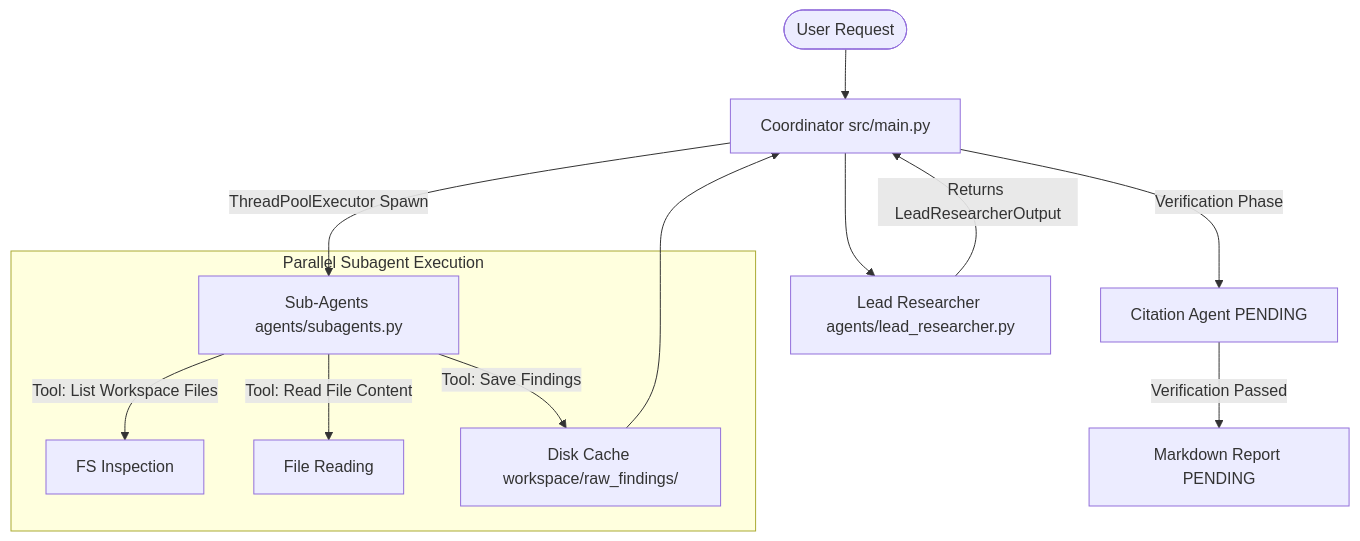
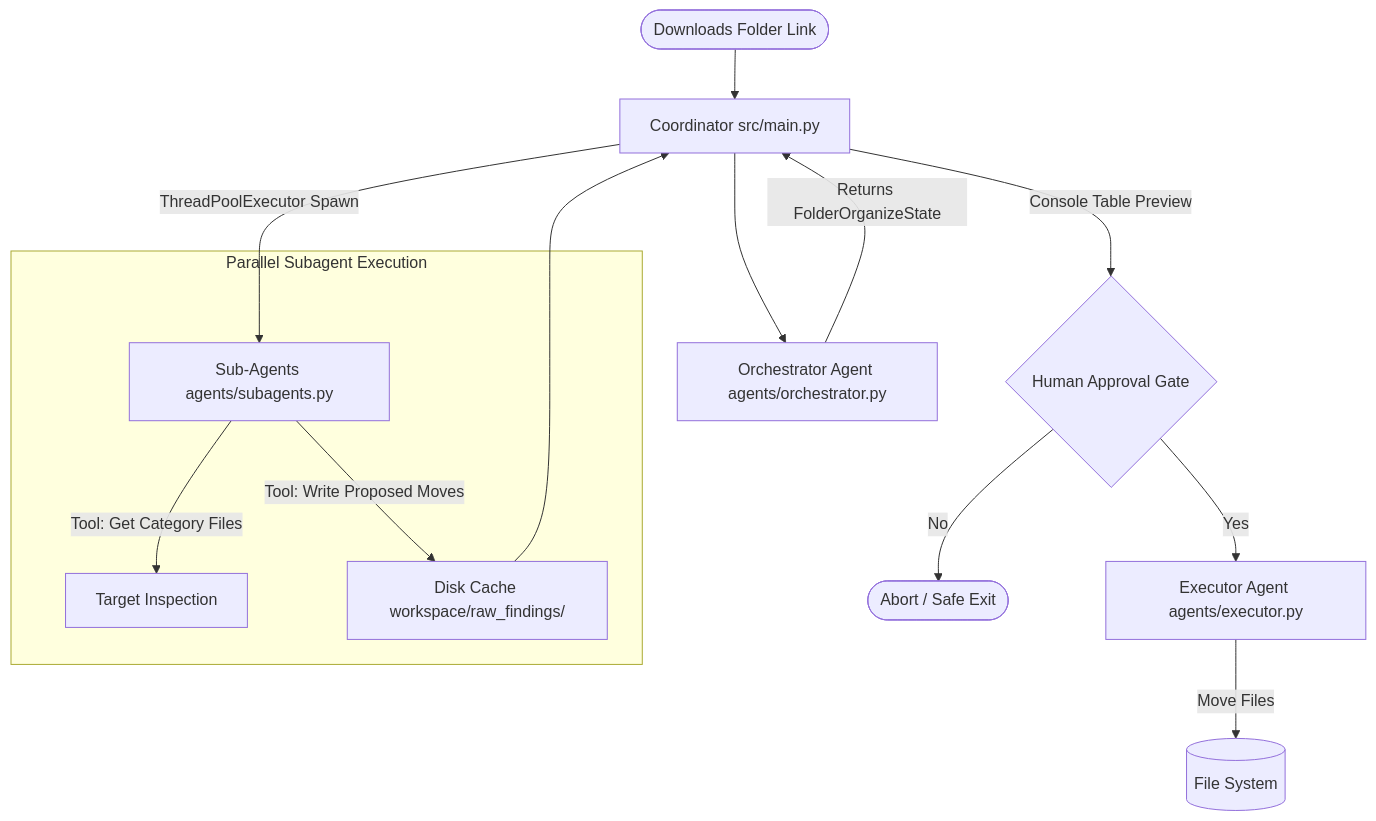
Before and after one commit to hargurjeet/local_agent_reseracher: the diagram in docs/ARCHITECTURE.md, drawn with Mermaid. The commit also changed other lines of this file and 17 other files, not shown here.

Commit message:
Implement Stage 3 and 4: Executor Agent and Human-in-the-Loop Gateway, and add README documentation

````diff
--- a/docs/ARCHITECTURE.md
+++ b/docs/ARCHITECTURE.md
@@ -47,17 +49,18 @@
 ```mermaid
 graph TD
-    User([User Request]) --> Coordinator[Coordinator src/main.py]
-    Coordinator --> Planner[Lead Researcher agents/lead_researcher.py]
-    Planner -->|Returns LeadResearcherOutput| Coordinator
+    User([Downloads Folder Link]) --> Coordinator[Coordinator src/main.py]
+    Coordinator --> Planner[Orchestrator Agent agents/orchestrator.py]
+    Planner -->|Returns FolderOrganizeState| Coordinator
     Coordinator -->|ThreadPoolExecutor Spawn| Subagents[Sub-Agents agents/subagents.py]
     
     subgraph Parallel Subagent Execution
-        Subagents -->|Tool: List Workspace Files| F1[FS Inspection]
-        Subagents -->|Tool: Read File Content| F2[File Reading]
-        Subagents -->|Tool: Save Findings| Cache[Disk Cache workspace/raw_findings/]
+        Subagents -->|Tool: Get Category Files| F1[Target Inspection]
+        Subagents -->|Tool: Write Proposed Moves| Cache[Disk Cache workspace/raw_findings/]
     end
     
     Cache --> Coordinator
-    Coordinator -->|Verification Phase| Verifier[Citation Agent PENDING]
-    Verifier -->|Verification Passed| Output[Markdown Report PENDING]
+    Coordinator -->|Console Table Preview| HITL{Human Approval Gate}
+    HITL -->|Yes| Executor[Executor Agent agents/executor.py]
+    Executor -->|Move Files| FS[(File System)]
+    HITL -->|No| Abort([Abort / Safe Exit])
 ```
````
